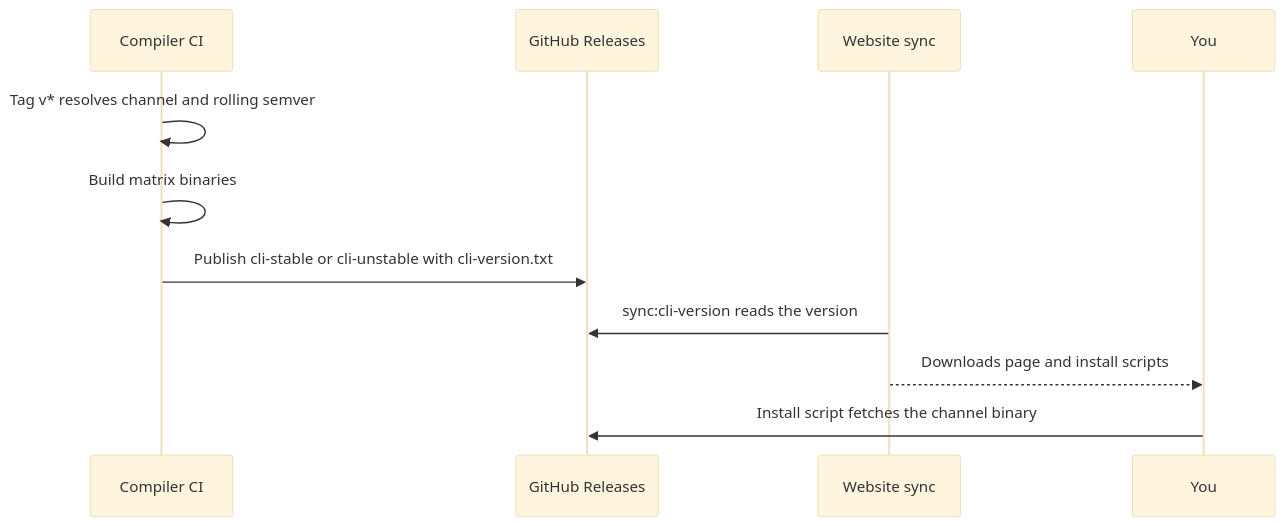
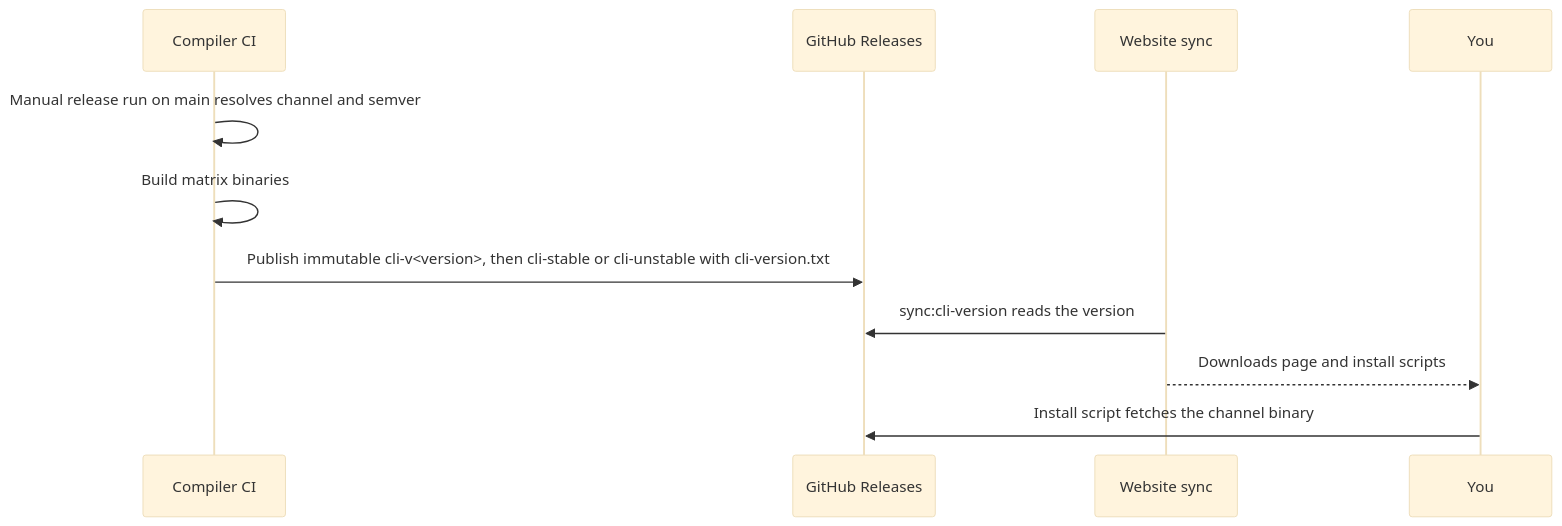
One commit to Cyber-Nomad-Collective/beskid changed the diagram in site/website/src/content/docs/book/01-it-works-on-my-machine/downloads-and-releases.md. Above: the diagram before and after it, drawn with Mermaid (base theme). The commit also changed other lines of this file and 6 other files, not shown here.

First line of the commit message:
fix(website): correct diagram facts found in accuracy review (#278)

````diff
--- a/site/website/src/content/docs/book/01-it-works-on-my-machine/downloads-and-releases.md
+++ b/site/website/src/content/docs/book/01-it-works-on-my-machine/downloads-and-releases.md
@@ -13,15 +13,15 @@
 ```mermaid
 sequenceDiagram
   accTitle: Compiler release to download page
   accDescr: Compiler CI resolves the channel, builds binaries and publishes GitHub release assets; the website sync reads the version and the Downloads page and install scripts serve it to users.
   participant CI as Compiler CI
   participant GH as GitHub Releases
   participant Site as Website sync
   participant User as You
-  CI->>CI: Tag v* resolves channel and rolling semver
+  CI->>CI: Manual release run on main resolves channel and semver
   CI->>CI: Build matrix binaries
-  CI->>GH: Publish cli-stable or cli-unstable with cli-version.txt
+  CI->>GH: Publish immutable cli-v<version>, then cli-stable or cli-unstable with cli-version.txt
   Site->>GH: sync:cli-version reads the version
   Site-->>User: Downloads page and install scripts
   User->>GH: Install script fetches the channel binary
 ```
````
